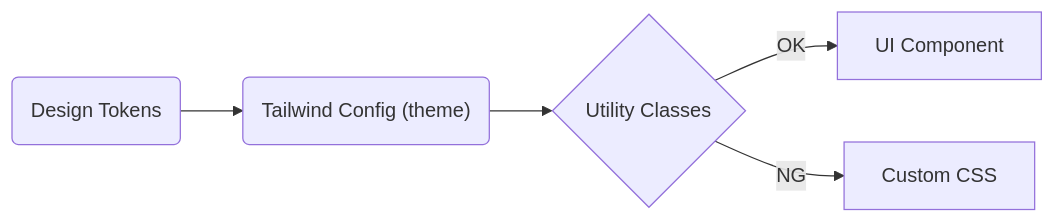
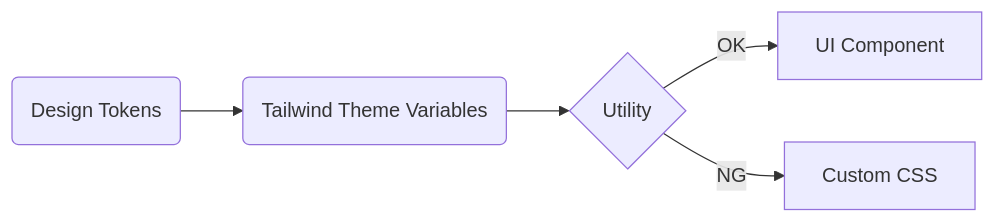
One commit to hairihou/zenn changed the diagram in books/create-ui-library-vue/02.setup-project.md. Above: the diagram before and after it, drawn with Mermaid. The commit also changed other lines of this file and 5 other files, not shown here.

````diff
--- a/books/create-ui-library-vue/02.setup-project.md
+++ b/books/create-ui-library-vue/02.setup-project.md
@@ -122,7 +98,7 @@
 ```mermaid
 graph LR
-    A(Design Tokens) --> B("Tailwind Config (theme)")
-    B --> C{Utility Classes}
+    A(Design Tokens) --> B("Tailwind Theme Variables")
+    B --> C{Utility}
     C -->|OK| D[UI Component]
     C -->|NG| E[Custom CSS]
 ```
````
